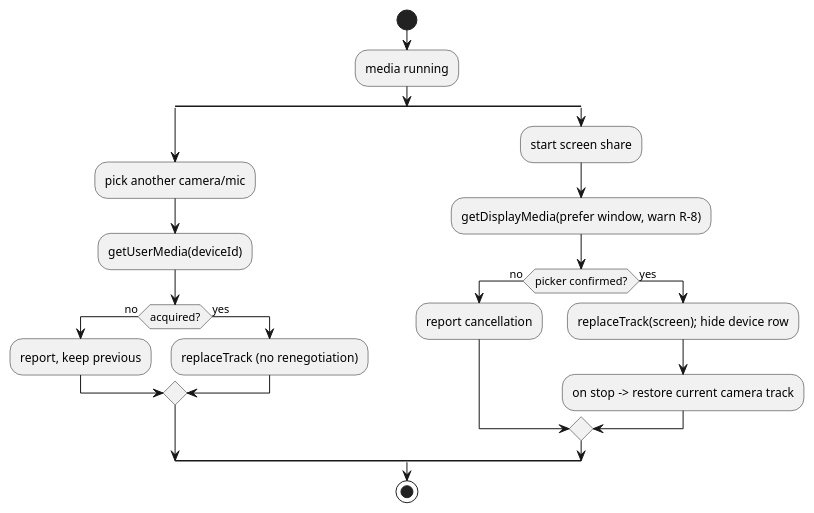
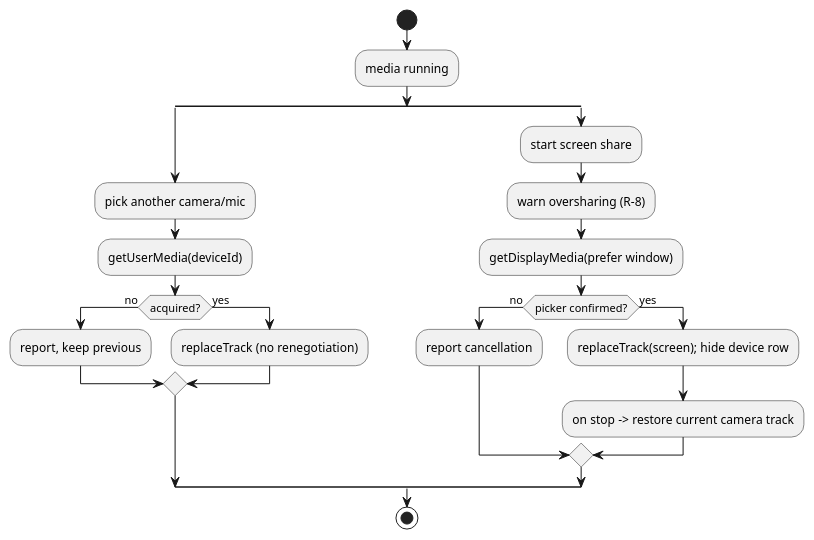
The second of 5 diagrams in src/docs/spec.adoc (raifdmueller/ultrathink.call), drawn with PlantUML before and after one commit. The commit also changed other lines of this file and 1 other file, not shown here.

```diff
--- a/src/docs/spec.adoc
+++ b/src/docs/spec.adoc
@@ -223,26 +231,27 @@
 [plantuml,media-switch,svg]
 ----
 @startuml
 start
 :media running;
 split
   :pick another camera/mic;
   :getUserMedia(deviceId);
   if (acquired?) then (no)
     :report, keep previous;
   else (yes)
     :replaceTrack (no renegotiation);
   endif
 split again
   :start screen share;
-  :getDisplayMedia(prefer window, warn R-8);
+  :warn oversharing (R-8);
+  :getDisplayMedia(prefer window);
   if (picker confirmed?) then (no)
     :report cancellation;
   else (yes)
     :replaceTrack(screen); hide device row;
     :on stop -> restore current camera track;
   endif
 endsplit
 stop
 @enduml
 ----
```
